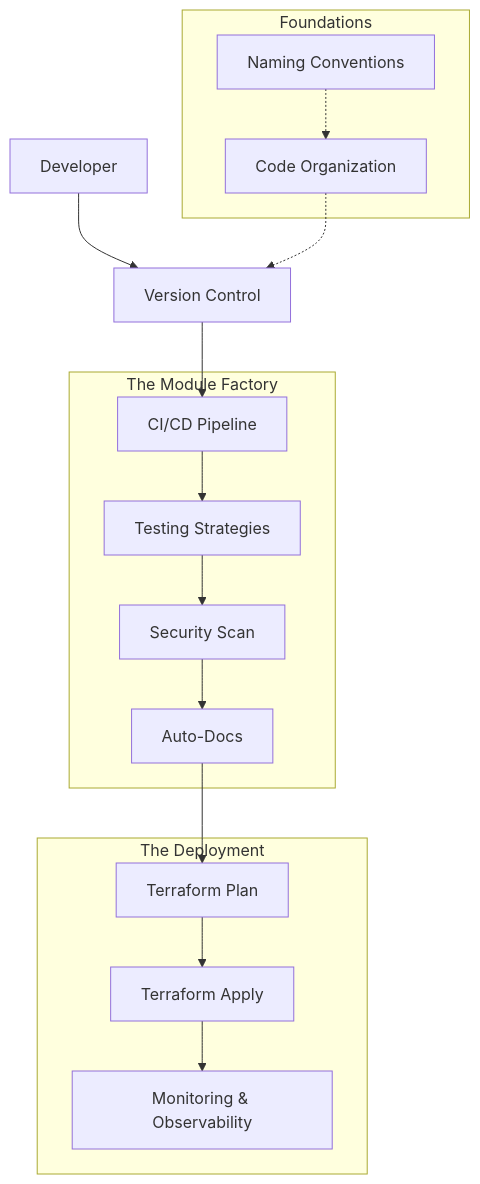
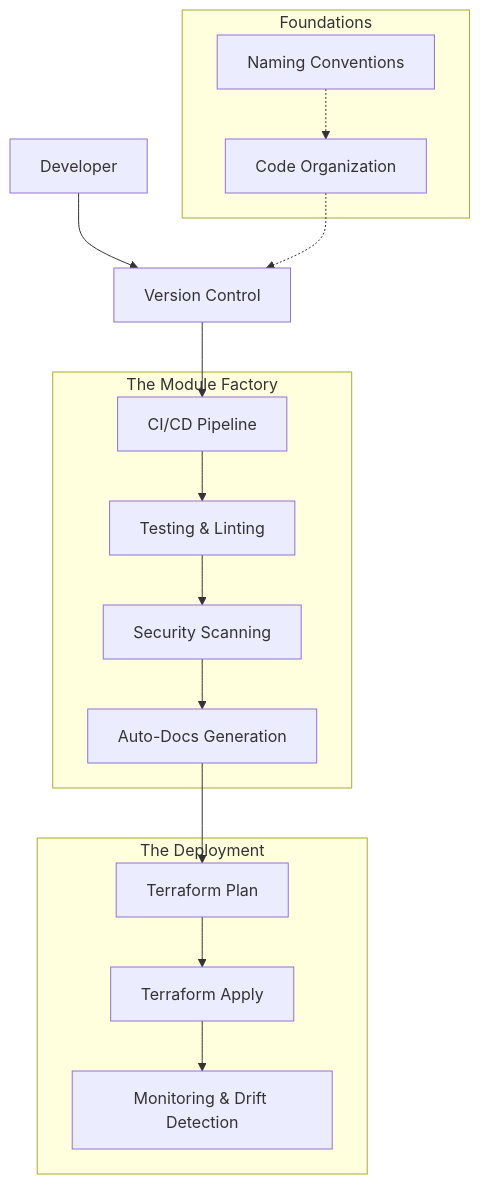
The diagram in 2-Intermediate/02-Phase-2/05-Configuration-Tools/01-Terraform/05-Best-Practices/README.md (Ganil151/Devops), drawn with Mermaid before and after one commit. The commit also changed other lines of this file and 48 other files, not shown here.

````diff
--- a/2-Intermediate/02-Phase-2/05-Configuration-Tools/01-Terraform/05-Best-Practices/README.md
+++ b/2-Intermediate/02-Phase-2/05-Configuration-Tools/01-Terraform/05-Best-Practices/README.md
@@ -22,25 +11,25 @@
 ```mermaid
 graph TD
     User[Developer] --> VC[Version Control]
     VC --> CI[CI/CD Pipeline]
 
-subgraph "The Module Factory"
-        CI --> Test[Testing Strategies]
-        Test --> Sec[Security Scan]
-        Sec --> Doc[Auto-Docs]
+    subgraph "The Module Factory"
+        CI --> Test[Testing & Linting]
+        Test --> Sec[Security Scanning]
+        Sec --> Doc[Auto-Docs Generation]
     end
 
-subgraph "The Deployment"
+    subgraph "The Deployment"
         Doc --> Plan[Terraform Plan]
         Plan --> Apply[Terraform Apply]
-        Apply --> Obs[Monitoring & Observability]
+        Apply --> Obs[Monitoring & Drift Detection]
     end
 
-subgraph "Foundations"
+    subgraph "Foundations"
         Code[Code Organization]
         Name[Naming Conventions]
     end
 
-Code -.-> VC
+    Code -.-> VC
     Name -.-> Code
 ```
````
